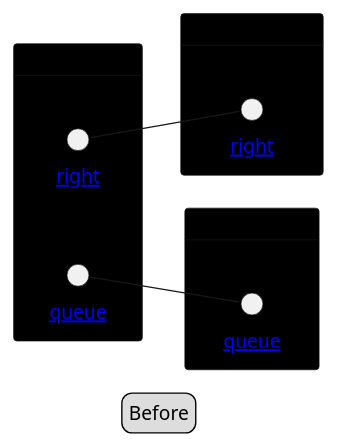
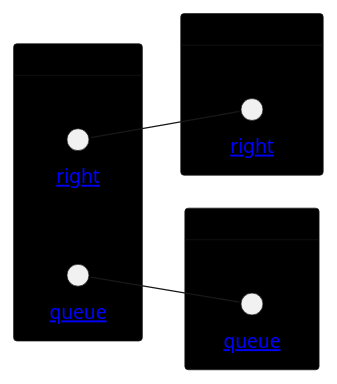
The diagram in diagrams/queue-example/transaction-before.puml (pavetok/pavetok.github.io), drawn with PlantUML before and after one commit. The commit also changed 22 other files, not shown here.

```diff
--- a/diagrams/queue-example/transaction-before.puml
+++ b/diagrams/queue-example/transaction-before.puml
@@ -1,26 +1,24 @@
 @startuml
 left to right direction
 
 skinparam card {
     BorderThickness 0.5
     BackgroundColor 0
 }
-
-legend Before
 
 card Alice {
     circle "[[/work/transaction-types/queue-example/diagrams/right-send/{right} right]]" as owner1 <<send>>
     circle "[[/work/transaction-types/queue-example/diagrams/queue-client/{queue} queue]]" as queue1 <<client>>
 }
 
 card Bob {
     circle "[[/work/transaction-types/queue-example/diagrams/right-receive/{right} right]]" as owner2 <<receive>>
 }
 
 card Carol {
     circle "[[/work/transaction-types/queue-example/diagrams/queue-server/{queue} queue]]" as queue2 <<server>>
 }
 
 owner1 -- owner2
 queue1 -- queue2
 @enduml
```
